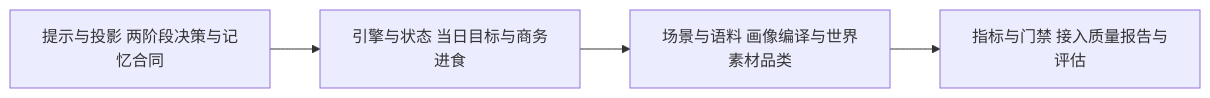
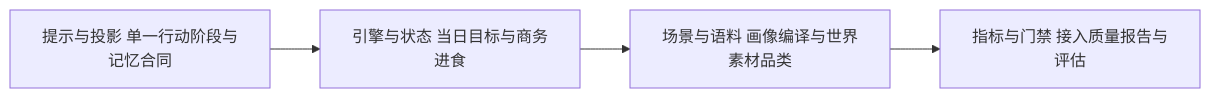
One commit to HoldThatThgt/WorldMock changed the third of 3 diagrams in docs/dev/SPEC-life-realism.md. Above: the diagram before and after it, drawn with Mermaid. The commit also changed other lines of this file and 5 other files, not shown here.

````diff
--- a/docs/dev/SPEC-life-realism.md
+++ b/docs/dev/SPEC-life-realism.md
@@ -471,6 +503,6 @@
 ```mermaid
 flowchart LR
-    A[提示与投影 两阶段决策与记忆合同] --> B[引擎与状态 当日目标与商务进食]
+    A[提示与投影 单一行动阶段与记忆合同] --> B[引擎与状态 当日目标与商务进食]
     B --> C[场景与语料 画像编译与世界素材品类]
     C --> D[指标与门禁 接入质量报告与评估]
 ```
````
